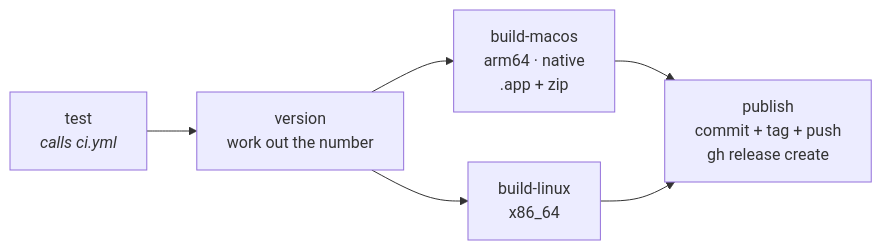
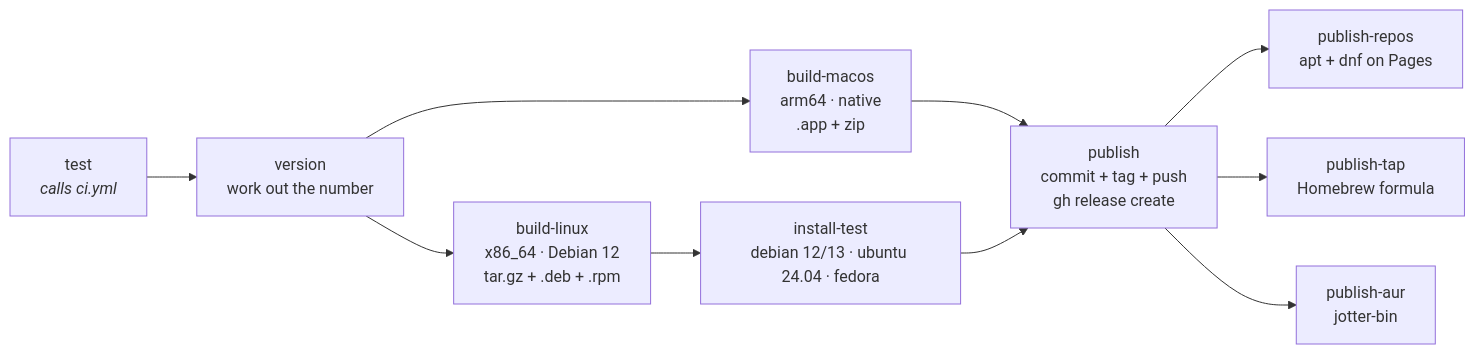
The diagram in docs/CI_CD.md (nfishel48/Jotter), drawn with Mermaid before and after one commit. The commit also changed other lines of this file and 14 other files, not shown here.

First line of the commit message:
Packaging: apt and dnf repositories, MIT license, v0.2 (#25)

````diff
--- a/docs/CI_CD.md
+++ b/docs/CI_CD.md
@@ -107,8 +107,12 @@
 ```mermaid
 flowchart LR
     T["test<br/><i>calls ci.yml</i>"] --> V["version<br/>work out the number"]
     V --> M["build-macos<br/>arm64 · native<br/>.app + zip"]
-    V --> L["build-linux<br/>x86_64"]
+    V --> L["build-linux<br/>x86_64 · Debian 12<br/>tar.gz + .deb + .rpm"]
+    L --> I["install-test<br/>debian 12/13 · ubuntu 24.04 · fedora"]
     M --> R["publish<br/>commit + tag + push<br/>gh release create"]
-    L --> R
+    I --> R
+    R --> P["publish-repos<br/>apt + dnf on Pages"]
+    R --> H["publish-tap<br/>Homebrew formula"]
+    R --> A["publish-aur<br/>jotter-bin"]
 ```
````
